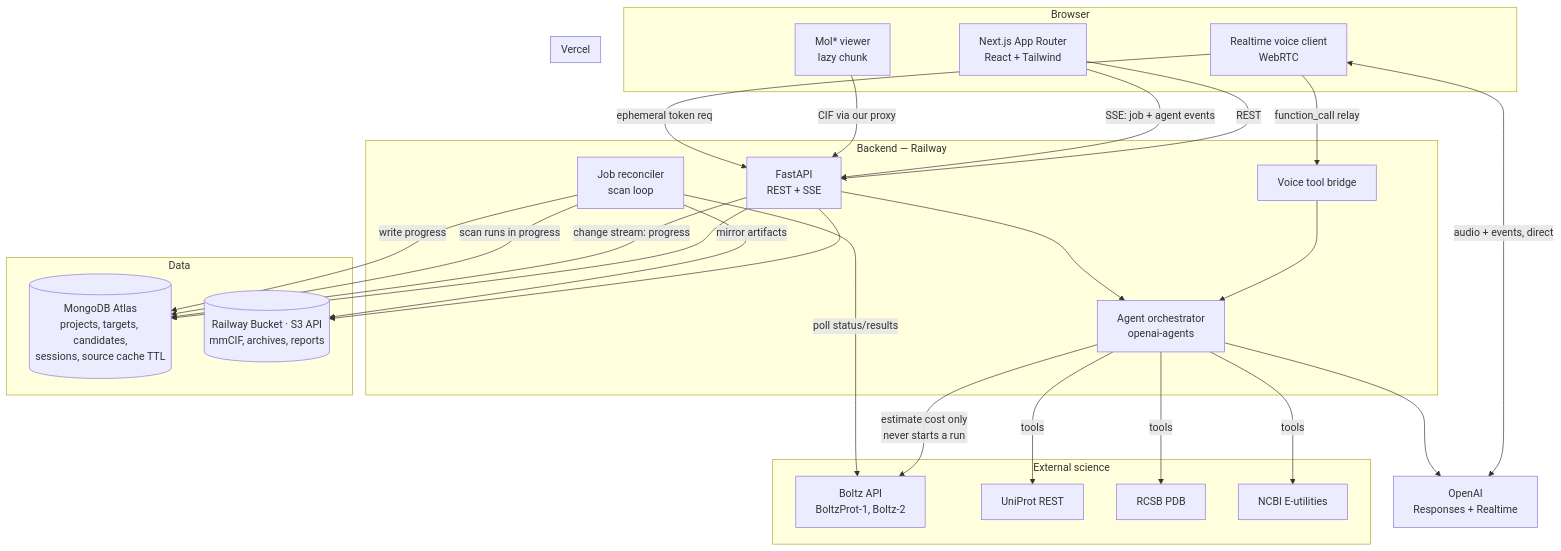
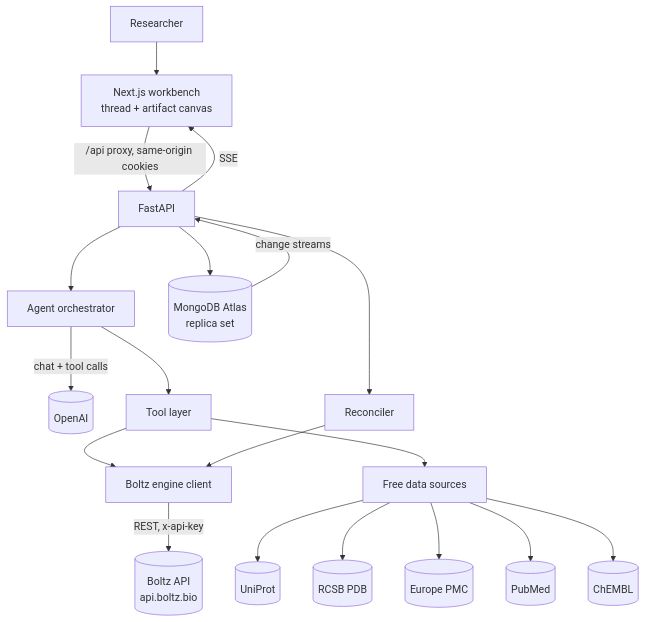
One commit to Abdullah-webd/biostruct changed the first of 3 diagrams in ARCHITECTURE.md. Above: the diagram before and after it, drawn with Mermaid. The commit also changed other lines of this file and 1 other file, not shown here.

````diff
--- a/ARCHITECTURE.md
+++ b/ARCHITECTURE.md
@@ -135,55 +140,25 @@
 ```mermaid
-graph TB
-    subgraph Browser
-        UI[Next.js App Router<br/>React + Tailwind]
-        MOL[Mol* viewer<br/>lazy chunk]
-        RTC[Realtime voice client<br/>WebRTC]
-    end
+flowchart TB
+  U[Researcher] --> W[Next.js workbench<br/>thread + artifact canvas]
+  W -->|/api proxy, same-origin cookies| A[FastAPI]
 
-    subgraph Vercel
-        UI
-    end
+  A --> AG[Agent orchestrator]
+  AG -->|chat + tool calls| LLM[(OpenAI)]
+  AG --> T[Tool layer]
 
-    subgraph "Backend — Railway"
-        API[FastAPI<br/>REST + SSE]
-        ORCH[Agent orchestrator<br/>openai-agents]
-        REC[Job reconciler<br/>scan loop]
-        BRIDGE[Voice tool bridge]
-    end
+  T --> ENG[Boltz engine client]
+  T --> SRC[Free data sources]
 
-    subgraph Data
-        MONGO[(MongoDB Atlas<br/>projects, targets, candidates,<br/>sessions, source cache TTL)]
-        S3[(Railway Bucket · S3 API<br/>mmCIF, archives, reports)]
-    end
+  ENG -->|REST, x-api-key| B[(Boltz API<br/>api.boltz.bio)]
+  SRC --> UP[(UniProt)]
+  SRC --> RC[(RCSB PDB)]
+  SRC --> EP[(Europe PMC)]
+  SRC --> PM[(PubMed)]
+  SRC --> CH[(ChEMBL)]
 
-    subgraph "External science"
-        BOLTZ[Boltz API<br/>BoltzProt-1, Boltz-2]
-        UNIPROT[UniProt REST]
-        PDB[RCSB PDB]
-        PUBMED[NCBI E-utilities]
-    end
-
-    OPENAI[OpenAI<br/>Responses + Realtime]
-
-    UI -->|REST| API
-    UI -->|SSE: job + agent events| API
-    MOL -->|CIF via our proxy| API
-    RTC -->|ephemeral token req| API
-    RTC <-->|audio + events, direct| OPENAI
-    RTC -->|function_call relay| BRIDGE
-    BRIDGE --> ORCH
-
-    API --> ORCH
-    API --> MONGO
-    API -->|change stream: progress| MONGO
-    API --> S3
-    ORCH --> OPENAI
-    ORCH -->|tools| UNIPROT
-    ORCH -->|tools| PDB
-    ORCH -->|tools| PUBMED
-    ORCH -->|estimate cost only<br/>never starts a run| BOLTZ
-    REC -->|scan runs in progress| MONGO
-    REC -->|poll status/results| BOLTZ
-    REC -->|mirror artifacts| S3
-    REC -->|write progress| MONGO
+  A --> M[(MongoDB Atlas<br/>replica set)]
+  M -->|change streams| A
+  A -->|SSE| W
+  A --> REC[Reconciler]
+  REC --> ENG
 ```
````
